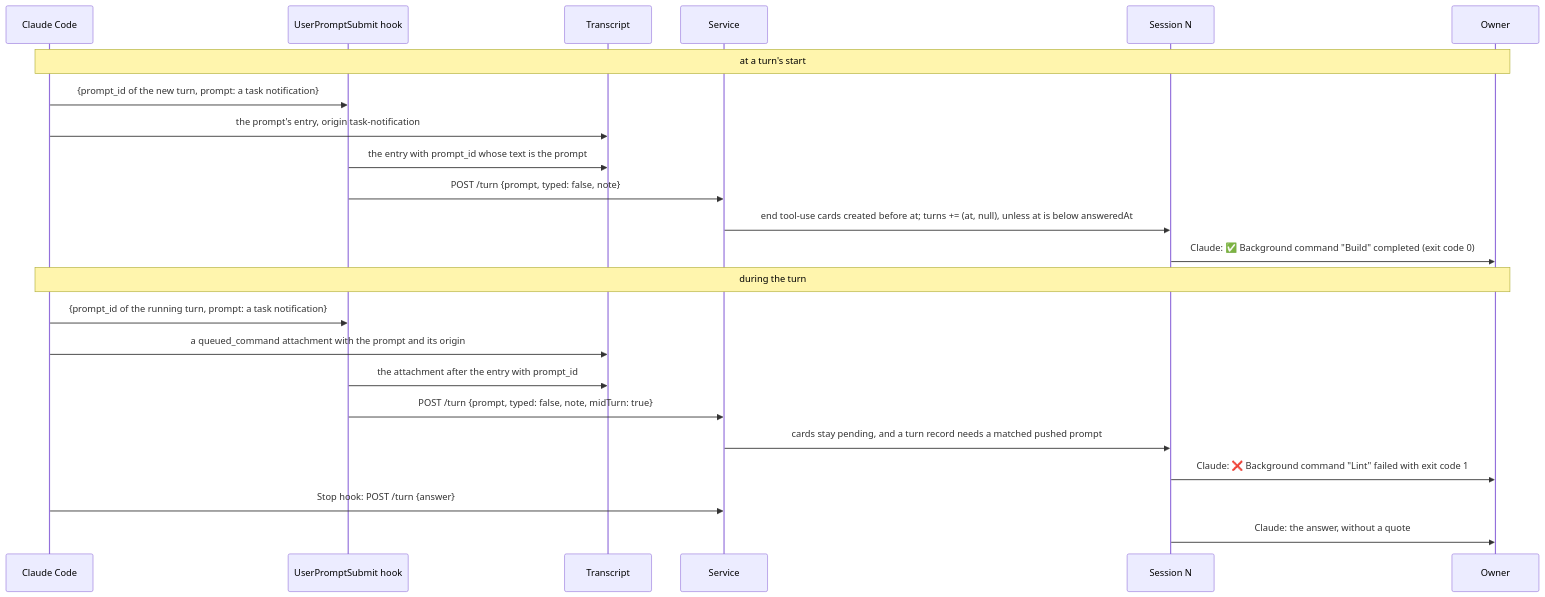
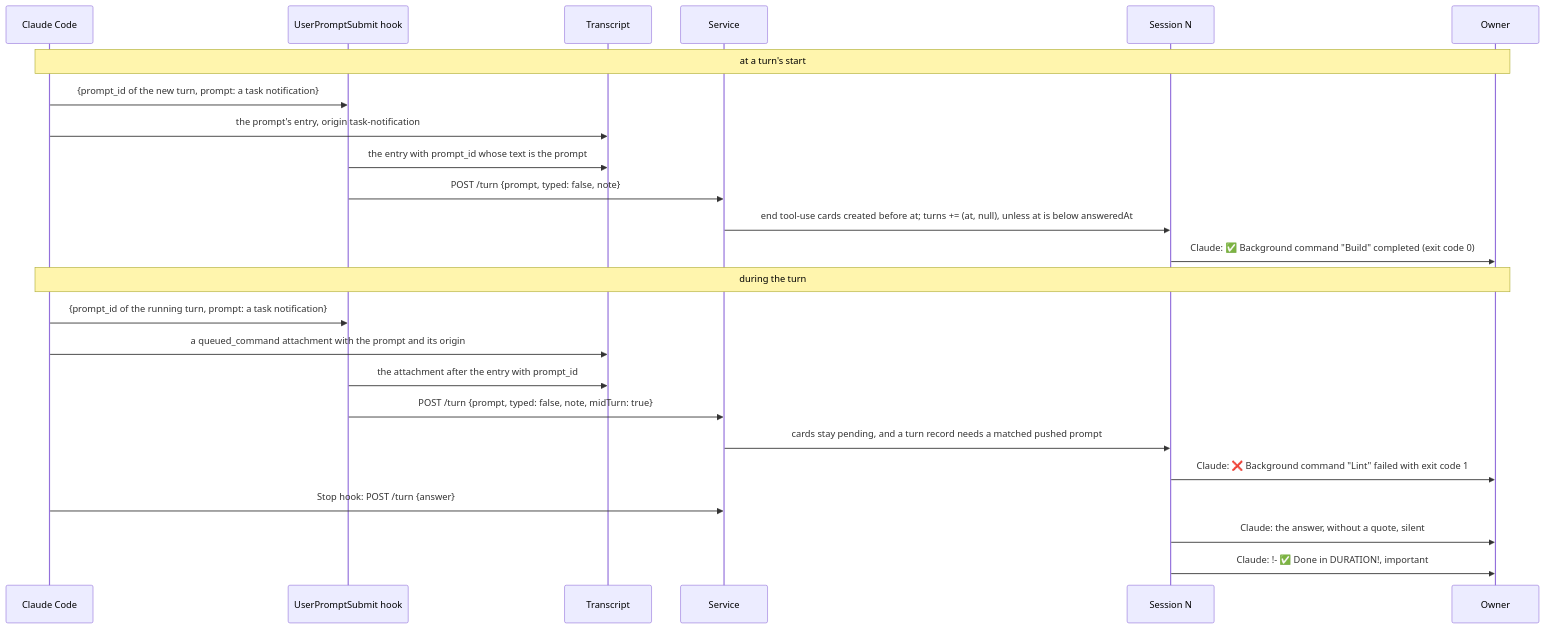
Diagram 31 of 33 in packages/simplex-chat-mcp/spec/flows.md (simplex-chat/simplex-chat), drawn with Mermaid before and after one commit. The commit also changed other lines of this file and 25 other files, not shown here.

````diff
--- a/packages/simplex-chat-mcp/spec/flows.md
+++ b/packages/simplex-chat-mcp/spec/flows.md
@@ -1415,25 +1429,26 @@
 ```mermaid
 sequenceDiagram
   participant CC as Claude Code
   participant HK as UserPromptSubmit hook
   participant T as Transcript
   participant D as Service
   participant N as Session N
   participant O as Owner
   Note over CC,O: at a turn's start
   CC->>HK: {prompt_id of the new turn, prompt: a task notification}
   CC->>T: the prompt's entry, origin task-notification
   HK->>T: the entry with prompt_id whose text is the prompt
   HK->>D: POST /turn {prompt, typed: false, note}
   D->>N: end tool-use cards created before at#59; turns += (at, null), unless at is below answeredAt
   N->>O: Claude: ✅ Background command "Build" completed (exit code 0)
   Note over CC,O: during the turn
   CC->>HK: {prompt_id of the running turn, prompt: a task notification}
   CC->>T: a queued_command attachment with the prompt and its origin
   HK->>T: the attachment after the entry with prompt_id
   HK->>D: POST /turn {prompt, typed: false, note, midTurn: true}
   D->>N: cards stay pending, and a turn record needs a matched pushed prompt
   N->>O: Claude: ❌ Background command "Lint" failed with exit code 1
   CC->>D: Stop hook: POST /turn {answer}
-  N->>O: Claude: the answer, without a quote
+  N->>O: Claude: the answer, without a quote, silent
+  N->>O: Claude: !- ✅ Done in DURATION!, important
 ```
````
